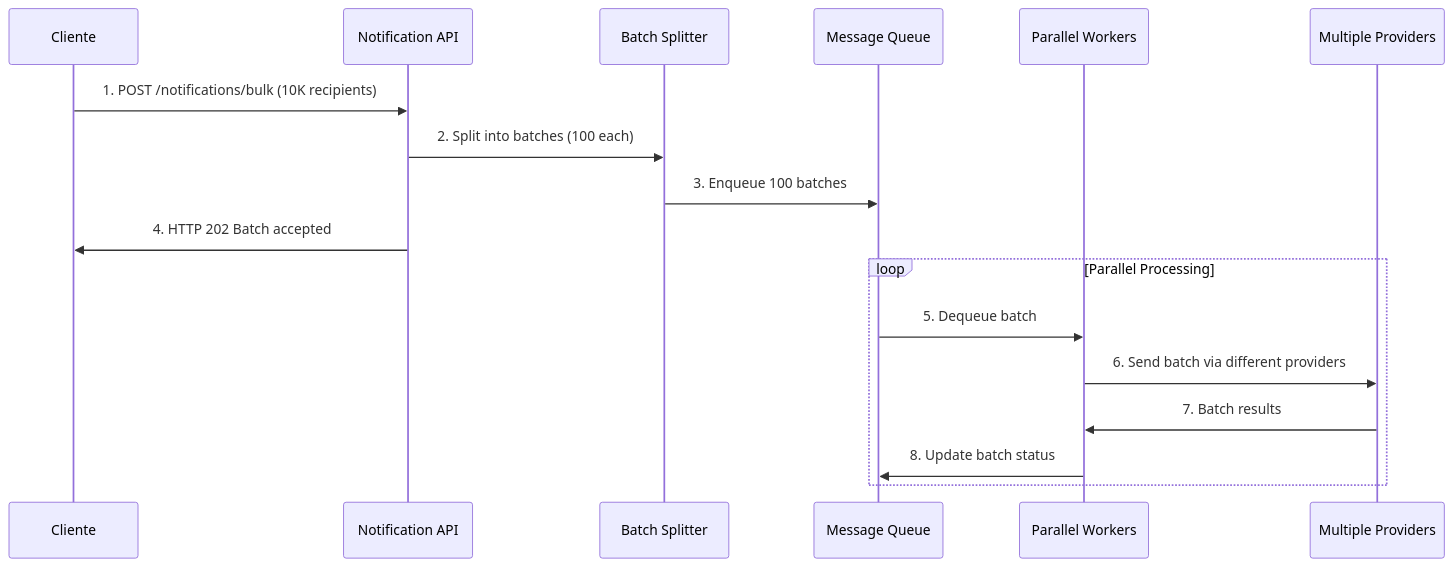
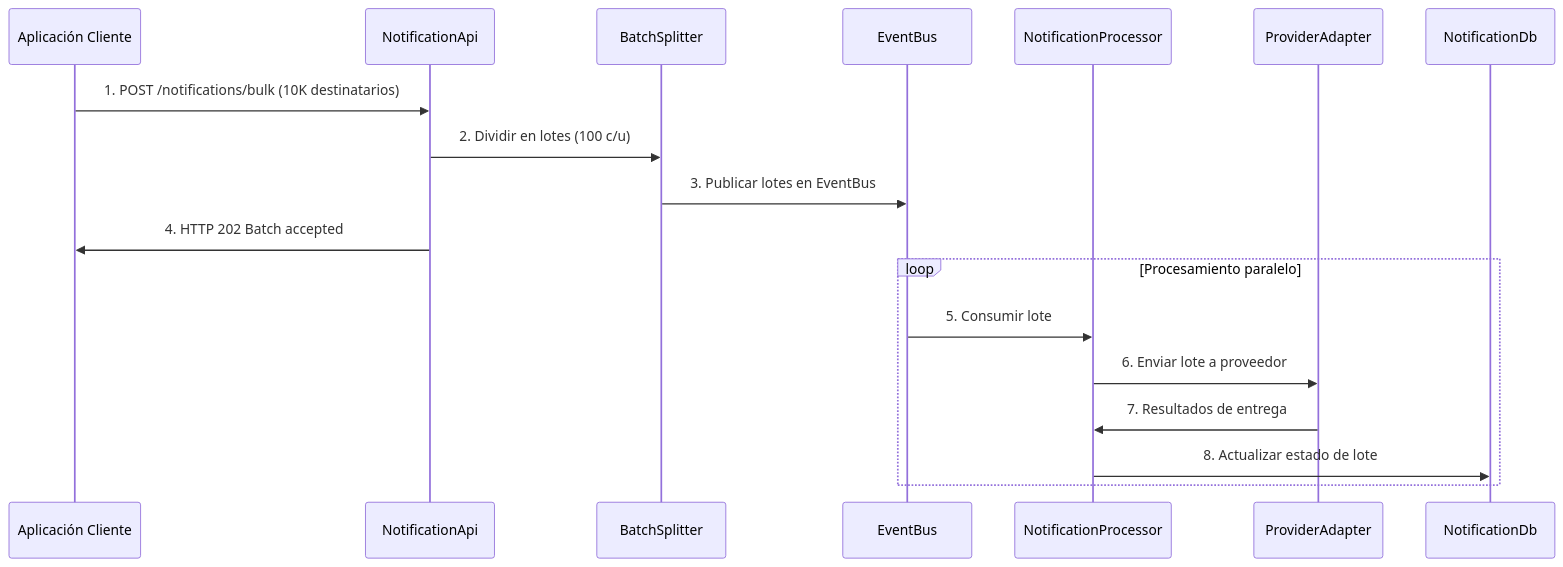
The third of 4 diagrams in docs/servicio-notificacion/06-vista-tiempo-ejecucion.md (jclemente-tlm/tlm-arq-servicios-corporativos), drawn with Mermaid before and after one commit. The commit also changed other lines of this file and 37 other files, not shown here.

````diff
--- a/docs/servicio-notificacion/06-vista-tiempo-ejecucion.md
+++ b/docs/servicio-notificacion/06-vista-tiempo-ejecucion.md
@@ -240,21 +133,22 @@
 ```mermaid
 sequenceDiagram
-    participant Client as Cliente
-    participant API as Notification API
-    participant Splitter as Batch Splitter
-    participant Queue as Message Queue
-    participant Workers as Parallel Workers
-    participant Providers as Multiple Providers
+    participant Cliente as Aplicación Cliente
+    participant NotificationApi as NotificationApi
+    participant BatchSplitter as BatchSplitter
+    participant EventBus as EventBus
+    participant NotificationProcessor as NotificationProcessor
+    participant ProviderAdapter as ProviderAdapter
+    participant NotificationDb as NotificationDb
 
-    Client->>API: 1. POST /notifications/bulk (10K recipients)
-    API->>Splitter: 2. Split into batches (100 each)
-    Splitter->>Queue: 3. Enqueue 100 batches
-    API->>Client: 4. HTTP 202 Batch accepted
+    Cliente->>NotificationApi: 1. POST /notifications/bulk (10K destinatarios)
+    NotificationApi->>BatchSplitter: 2. Dividir en lotes (100 c/u)
+    BatchSplitter->>EventBus: 3. Publicar lotes en EventBus
+    NotificationApi->>Cliente: 4. HTTP 202 Batch accepted
 
-    loop Parallel Processing
-        Queue->>Workers: 5. Dequeue batch
-        Workers->>Providers: 6. Send batch via different providers
-        Providers->>Workers: 7. Batch results
-        Workers->>Queue: 8. Update batch status
+    loop Procesamiento paralelo
+        EventBus->>NotificationProcessor: 5. Consumir lote
+        NotificationProcessor->>ProviderAdapter: 6. Enviar lote a proveedor
+        ProviderAdapter->>NotificationProcessor: 7. Resultados de entrega
+        NotificationProcessor->>NotificationDb: 8. Actualizar estado de lote
     end
 ```
````
